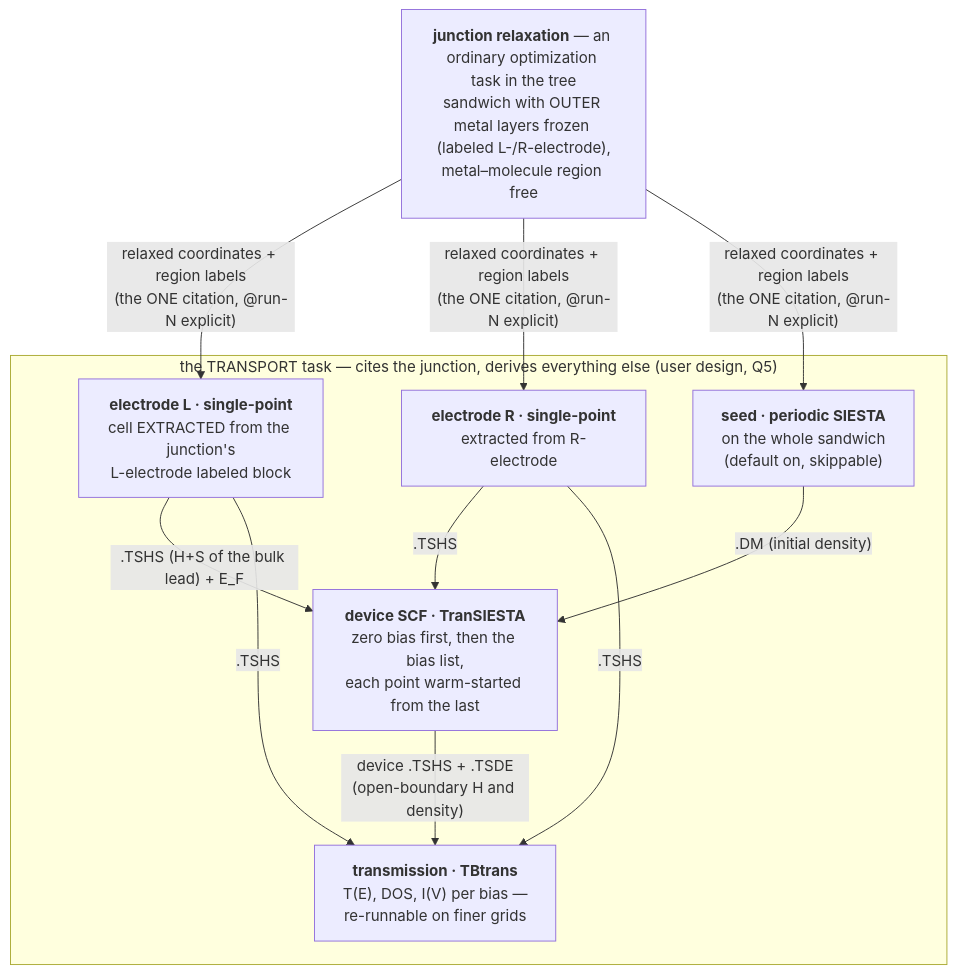
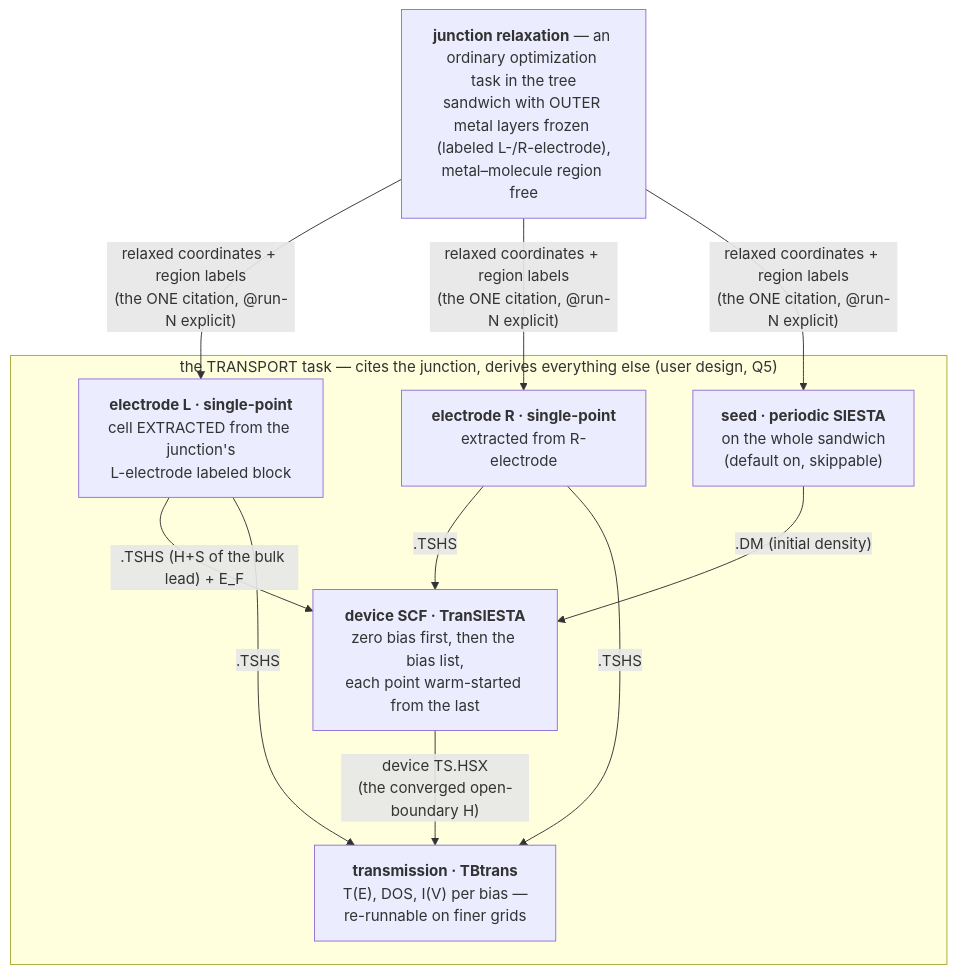
Before and after one commit to Qing-LAB/molbuilder: the diagram in docs/plans/transport-design.md, drawn with Mermaid. The commit also changed other lines of this file and 11 other files, not shown here.

````diff
--- a/docs/plans/transport-design.md
+++ b/docs/plans/transport-design.md
@@ -134,18 +134,18 @@
 ```mermaid
 flowchart TB
     RX["<b>junction relaxation</b> — an ordinary optimization task in the tree<br/>sandwich with OUTER metal layers frozen (labeled L-/R-electrode),<br/>metal–molecule region free"]
     subgraph T["the TRANSPORT task — cites the junction, derives everything else (user design, Q5)"]
       EL["<b>electrode L · single-point</b><br/>cell EXTRACTED from the junction's<br/>L-electrode labeled block"]
       ER["<b>electrode R · single-point</b><br/>extracted from R-electrode"]
       SEED["<b>seed · periodic SIESTA</b><br/>on the whole sandwich<br/>(default on, skippable)"]
       DEV["<b>device SCF · TranSIESTA</b><br/>zero bias first, then the bias list,<br/>each point warm-started from the last"]
       TBT["<b>transmission · TBtrans</b><br/>T(E), DOS, I(V) per bias —<br/>re-runnable on finer grids"]
     end
     RX -- "relaxed coordinates + region labels<br/>(the ONE citation, @run-N explicit)" --> EL & ER & SEED
     EL -- ".TSHS (H+S of the bulk lead) + E_F" --> DEV
     ER -- ".TSHS" --> DEV
     SEED -- ".DM (initial density)" --> DEV
-    DEV -- "device .TSHS + .TSDE<br/>(open-boundary H and density)" --> TBT
+    DEV -- "device TS.HSX<br/>(the converged open-boundary H)" --> TBT
     EL -- ".TSHS" --> TBT
     ER -- ".TSHS" --> TBT
 ```
````
